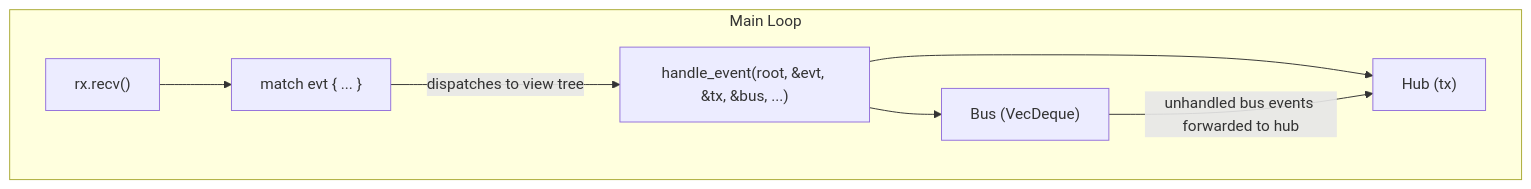
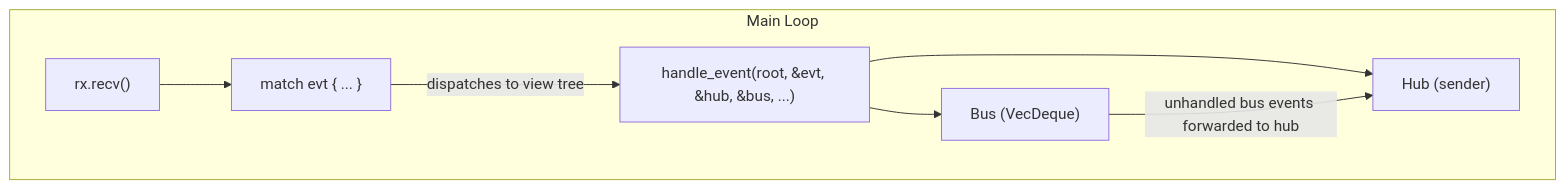
The second of 7 diagrams in docs/src/contributing/event-system.md (OGKevin/cadmus), drawn with Mermaid before and after one commit. The commit also changed other lines of this file and 198 other files, not shown here.

````diff
--- a/docs/src/contributing/event-system.md
+++ b/docs/src/contributing/event-system.md
@@ -50,16 +50,16 @@
 ```mermaid
 flowchart TB
     subgraph MainLoop["Main Loop"]
         rx["rx.recv()"]
         match["match evt { ... }"]
-        handle["handle_event(root, &evt, &tx, &bus, ...)"]
-        Hub["Hub (tx)"]
+        handle["handle_event(root, &evt, &hub, &bus, ...)"]
+        Hub["Hub (sender)"]
         Bus["Bus (VecDeque)"]
 
         rx --> match
         match -->|dispatches to view tree| handle
         handle --> Hub
         handle --> Bus
         Bus -->|unhandled bus events forwarded to hub| Hub
     end
 ```
````
